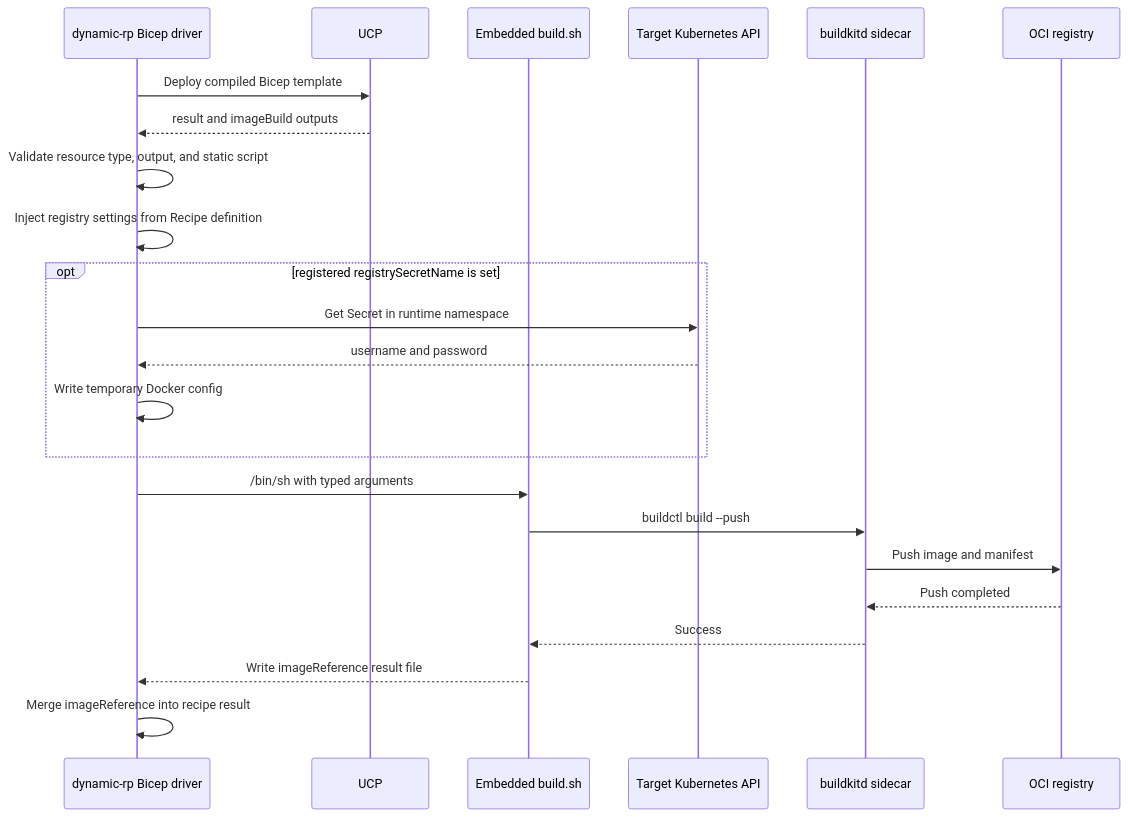
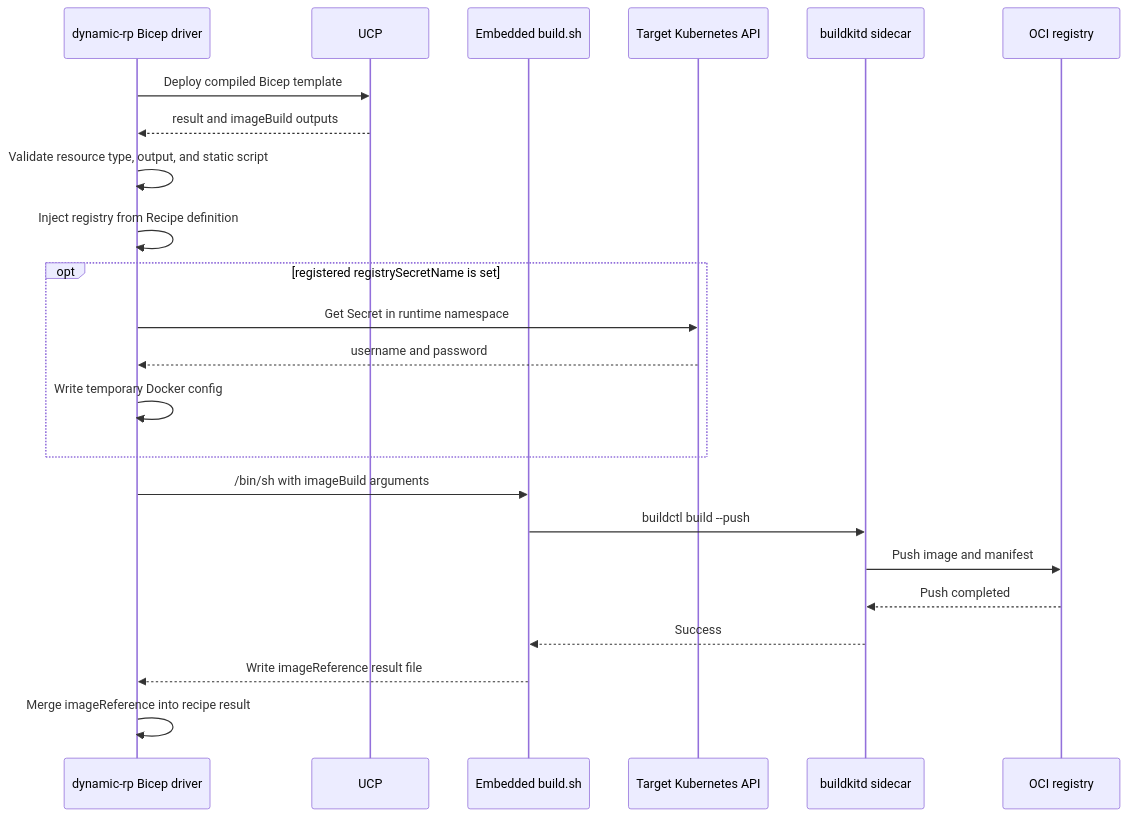
Before and after one commit to radius-project/radius: the diagram in eng/design-notes/recipes/2026-07-container-images-bicep-recipe.md, drawn with Mermaid. The commit also changed other lines of this file, not shown here.

Commit message:
Update container image Bicep recipe design

````diff
--- a/eng/design-notes/recipes/2026-07-container-images-bicep-recipe.md
+++ b/eng/design-notes/recipes/2026-07-container-images-bicep-recipe.md
@@ -178,26 +178,26 @@
 ```mermaid
 sequenceDiagram
   participant DRP as dynamic-rp Bicep driver
   participant UCP
   participant Script as Embedded build.sh
   participant K8s as Target Kubernetes API
   participant BK as buildkitd sidecar
   participant Registry as OCI registry
 
   DRP->>UCP: Deploy compiled Bicep template
   UCP-->>DRP: result and imageBuild outputs
   DRP->>DRP: Validate resource type, output, and static script
-  DRP->>DRP: Inject registry settings from Recipe definition
+  DRP->>DRP: Inject registry from Recipe definition
   opt registered registrySecretName is set
     DRP->>K8s: Get Secret in runtime namespace
     K8s-->>DRP: username and password
     DRP->>DRP: Write temporary Docker config
   end
-  DRP->>Script: /bin/sh with typed arguments
+  DRP->>Script: /bin/sh with imageBuild arguments
   Script->>BK: buildctl build --push
   BK->>Registry: Push image and manifest
   Registry-->>BK: Push completed
   BK-->>Script: Success
   Script-->>DRP: Write imageReference result file
   DRP->>DRP: Merge imageReference into recipe result
 ```
````
